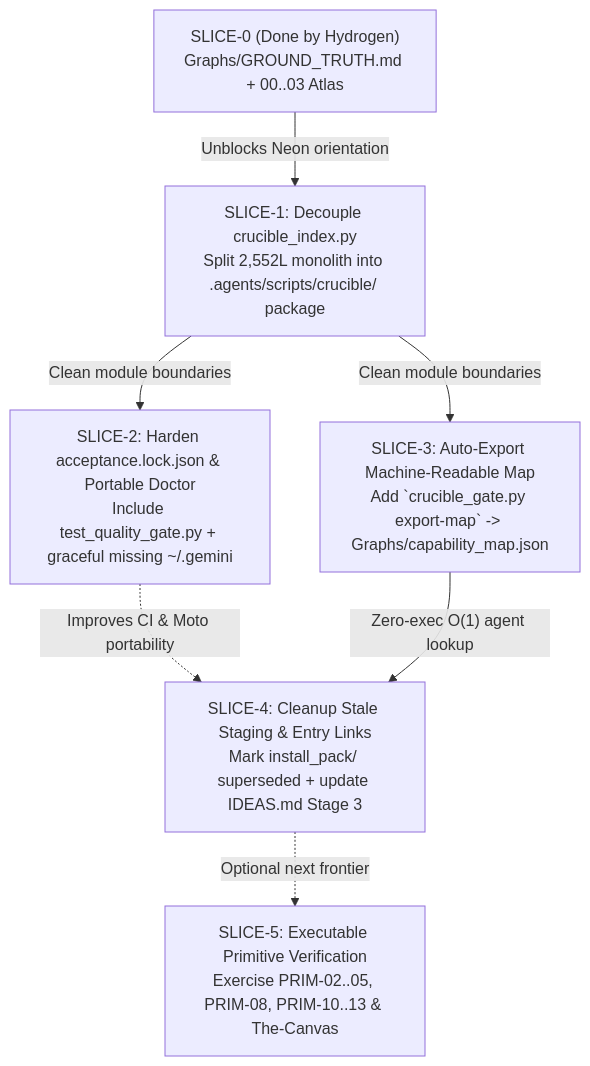
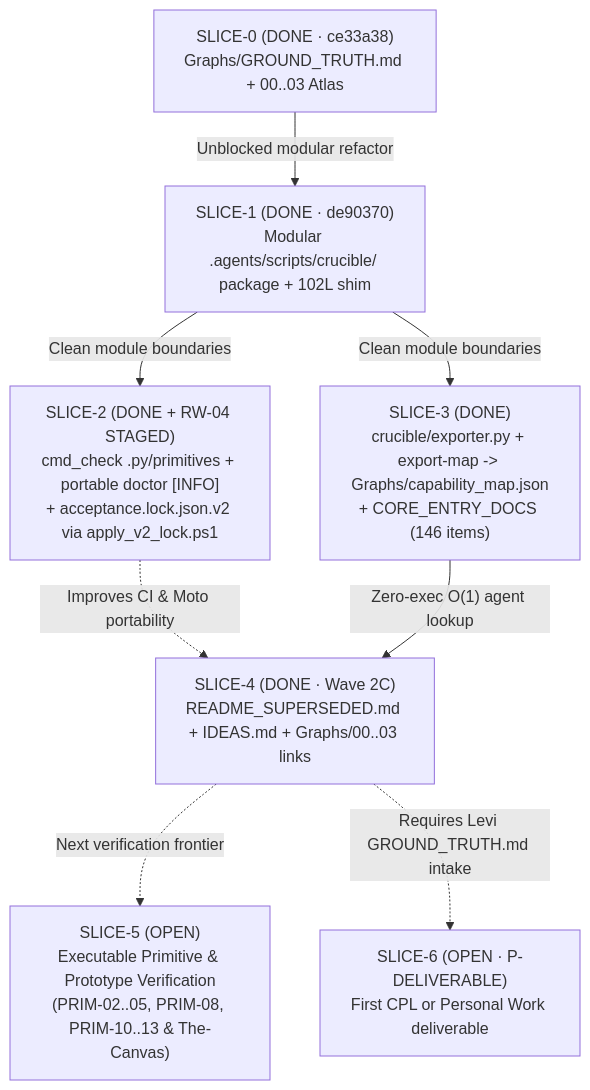
The diagram in Graphs/03_Neon_Refactoring_Plan.md (guarani-ux/Crucible-Domain), drawn with Mermaid before and after one commit. The commit also changed other lines of this file and 7 other files, not shown here.

Commit message:
Wave 2C: Reconcile Graphs/ docs, IDEAS.md, and stage acceptance.lock v2

````diff
--- a/Graphs/03_Neon_Refactoring_Plan.md
+++ b/Graphs/03_Neon_Refactoring_Plan.md
@@ -11,10 +11,11 @@
 ```mermaid
 flowchart TD
-    S0["SLICE-0 (Done by Hydrogen)<br/>Graphs/GROUND_TRUTH.md + 00..03 Atlas"] -->|"Unblocks Neon orientation"| S1
-    S1["SLICE-1: Decouple crucible_index.py<br/>Split 2,552L monolith into .agents/scripts/crucible/ package"] -->|"Clean module boundaries"| S2
+    S0["SLICE-0 (DONE · ce33a38)<br/>Graphs/GROUND_TRUTH.md + 00..03 Atlas"] -->|"Unblocked modular refactor"| S1
+    S1["SLICE-1 (DONE · de90370)<br/>Modular .agents/scripts/crucible/ package + 102L shim"] -->|"Clean module boundaries"| S2
     S1 -->|"Clean module boundaries"| S3
-    S2["SLICE-2: Harden acceptance.lock.json & Portable Doctor<br/>Include test_quality_gate.py + graceful missing ~/.gemini"] -.->|"Improves CI & Moto portability"| S4
-    S3["SLICE-3: Auto-Export Machine-Readable Map<br/>Add `crucible_gate.py export-map` -> Graphs/capability_map.json"] -->|"Zero-exec O(1) agent lookup"| S4
-    S4["SLICE-4: Cleanup Stale Staging & Entry Links<br/>Mark install_pack/ superseded + update IDEAS.md Stage 3"] -.->|"Optional next frontier"| S5
-    S5["SLICE-5: Executable Primitive Verification<br/>Exercise PRIM-02..05, PRIM-08, PRIM-10..13 & The-Canvas"]
+    S2["SLICE-2 (DONE + RW-04 STAGED)<br/>cmd_check .py/primitives + portable doctor [INFO]<br/>+ acceptance.lock.json.v2 via apply_v2_lock.ps1"] -.->|"Improves CI & Moto portability"| S4
+    S3["SLICE-3 (DONE)<br/>crucible/exporter.py + export-map -> Graphs/capability_map.json<br/>+ CORE_ENTRY_DOCS (146 items)"] -->|"Zero-exec O(1) agent lookup"| S4
+    S4["SLICE-4 (DONE · Wave 2C)<br/>README_SUPERSEDED.md + IDEAS.md + Graphs/00..03 links"] -.->|"Next verification frontier"| S5
+    S5["SLICE-5 (OPEN)<br/>Executable Primitive & Prototype Verification<br/>(PRIM-02..05, PRIM-08, PRIM-10..13 & The-Canvas)"]
+    S4 -.->|"Requires Levi GROUND_TRUTH.md intake"| S6["SLICE-6 (OPEN · P-DELIVERABLE)<br/>First CPL or Personal Work deliverable"]
 ```
````
